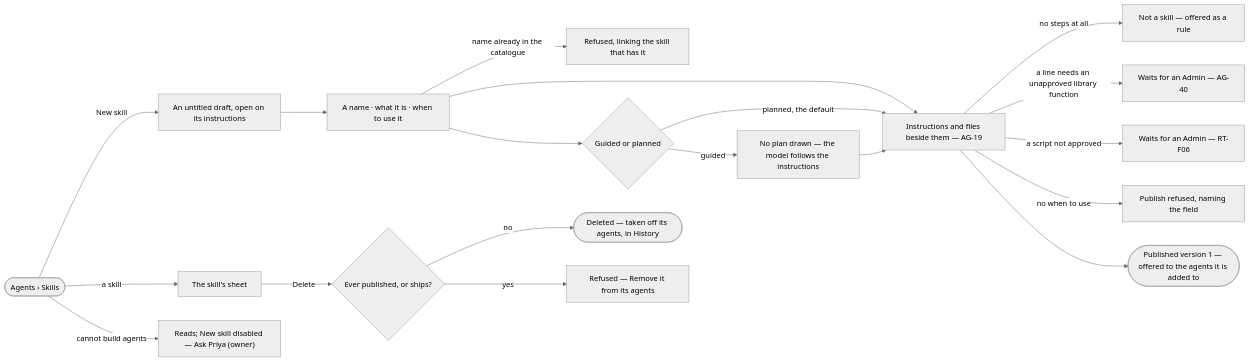
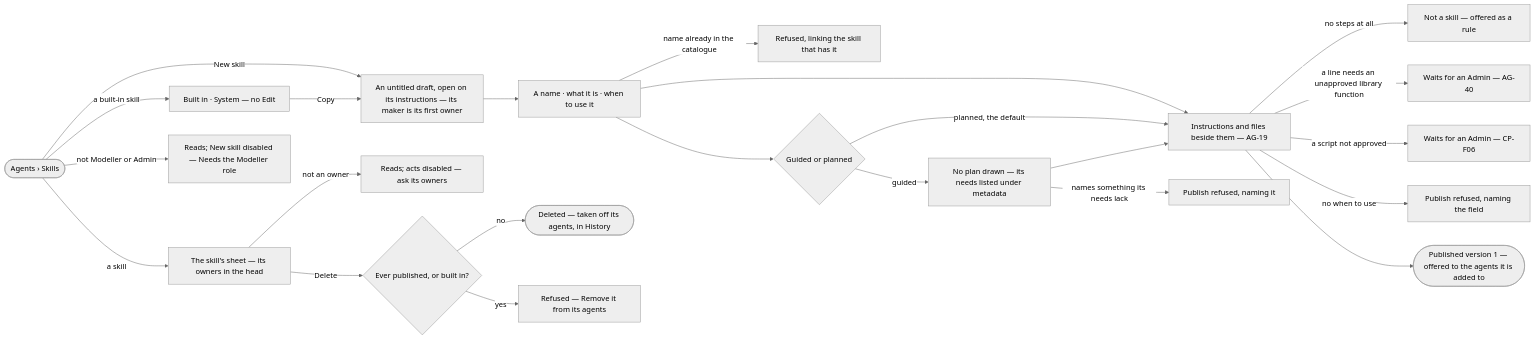
One commit to invana/invana changed the diagram in specs/capabilities/agents/features/AG-F04-skills/stories/AG-37-build-a-skill-once-for-every-agent-that-does-the-work/story.md. Above: the diagram before and after it, drawn with Mermaid (neutral theme). The commit also changed other lines of this file and 522 other files, not shown here.

````diff
--- a/specs/capabilities/agents/features/AG-F04-skills/stories/AG-37-build-a-skill-once-for-every-agent-that-does-the-work/story.md
+++ b/specs/capabilities/agents/features/AG-F04-skills/stories/AG-37-build-a-skill-once-for-every-agent-that-does-the-work/story.md
@@ -27,20 +28,24 @@
 ```mermaid
 flowchart LR
-  s([Agents › Skills]) -->|New skill| d["An untitled draft, open on its instructions"]
-  s -->|a skill| sh["The skill's sheet"]
+  s([Agents › Skills]) -->|New skill| d["An untitled draft, open on its instructions — its maker is its first owner"]
+  s -->|a skill| sh["The skill's sheet — its owners in the head"]
+  s -->|a built-in skill| bi["Built in · System — no Edit"]
+  bi -->|Copy| d
   d --> n["A name · what it is · when to use it"]
   n -->|name already in the catalogue| nx["Refused, linking the skill that has it"]
   n --> i["Instructions and files beside them — AG-19"]
   i -->|no steps at all| r["Not a skill — offered as a rule"]
   i -->|a line needs an unapproved library function| ap["Waits for an Admin — AG-40"]
-  i -->|a script not approved| sp["Waits for an Admin — RT-F06"]
+  i -->|a script not approved| sp["Waits for an Admin — CP-F06"]
   n --> md{"Guided or planned"}
   md -->|planned, the default| i
-  md -->|guided| gi["No plan drawn — the model follows the instructions"] --> i
+  md -->|guided| gi["No plan drawn — its needs listed under metadata"] --> i
+  gi -->|names something its needs lack| gx["Publish refused, naming it"]
   i -->|no when to use| wx["Publish refused, naming the field"]
   i --> p(["Published version 1 — offered to the agents it is added to"])
-  s -->|cannot build agents| ro["Reads; New skill disabled — Ask Priya (owner)"]
-  sh -->|Delete| dl{"Ever published, or ships?"}
+  s -->|not Modeller or Admin| ro["Reads; New skill disabled — Needs the Modeller role"]
+  sh -->|not an owner| no["Reads; acts disabled — ask its owners"]
+  sh -->|Delete| dl{"Ever published, or built in?"}
   dl -->|no| gone(["Deleted — taken off its agents, in History"])
   dl -->|yes| dx["Refused — Remove it from its agents"]
 ```
````
